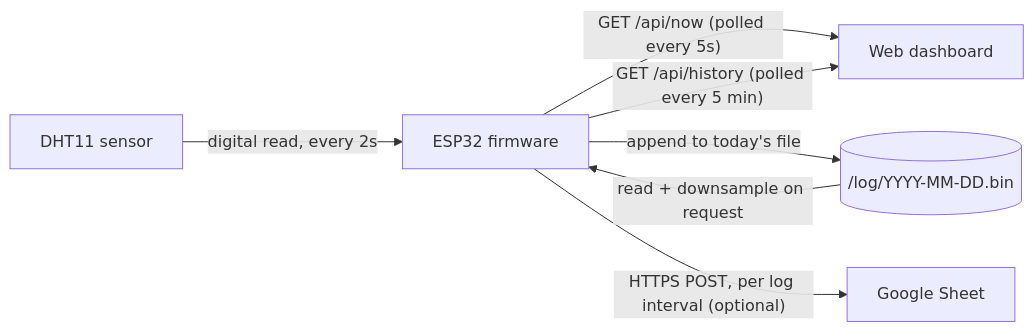
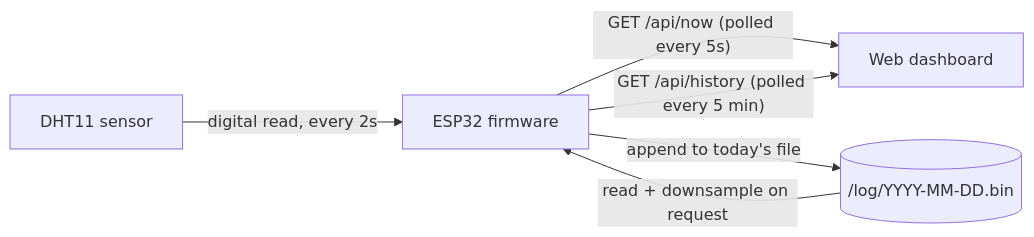
Before and after one commit to ProtoCraft-Electronics/ProtoCraft-Electronics: the diagram in ESP32-Projects/DHT11-Climate-Dashboard/README.md, drawn with Mermaid. The commit also changed other lines of this file, not shown here.

````diff
--- a/ESP32-Projects/DHT11-Climate-Dashboard/README.md
+++ b/ESP32-Projects/DHT11-Climate-Dashboard/README.md
@@ -27,9 +26,8 @@
 ```mermaid
 graph LR
     A[DHT11 sensor] -->|digital read, every 2s| B[ESP32 firmware]
     B -->|"GET /api/now (polled every 5s)"| C[Web dashboard]
     B -->|"GET /api/history (polled every 5 min)"| C
     B -->|append to today's file| D[("/log/YYYY-MM-DD.bin")]
     D -->|read + downsample on request| B
-    B -->|"HTTPS POST, per log interval (optional)"| E[Google Sheet]
 ```
````
